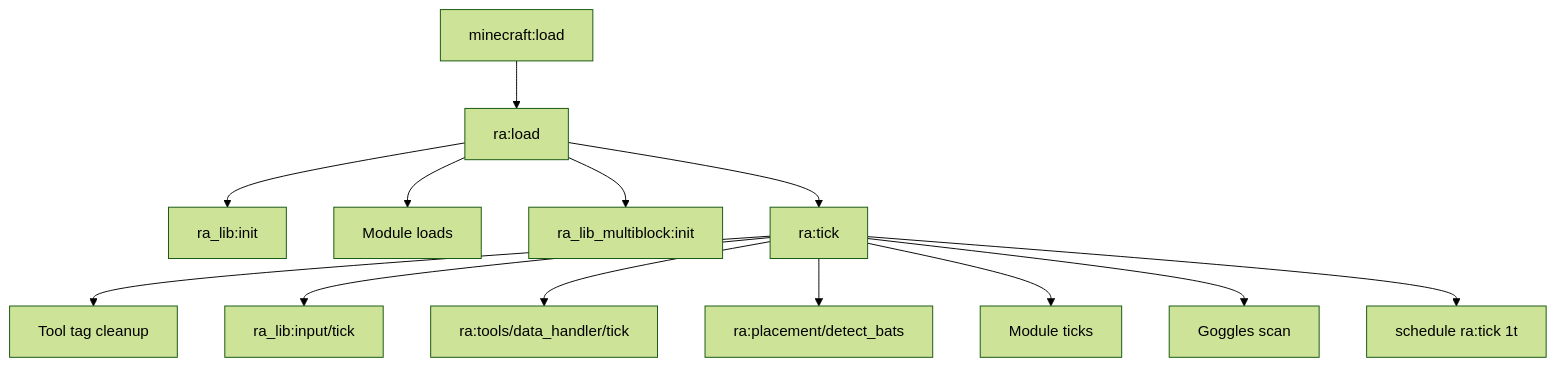
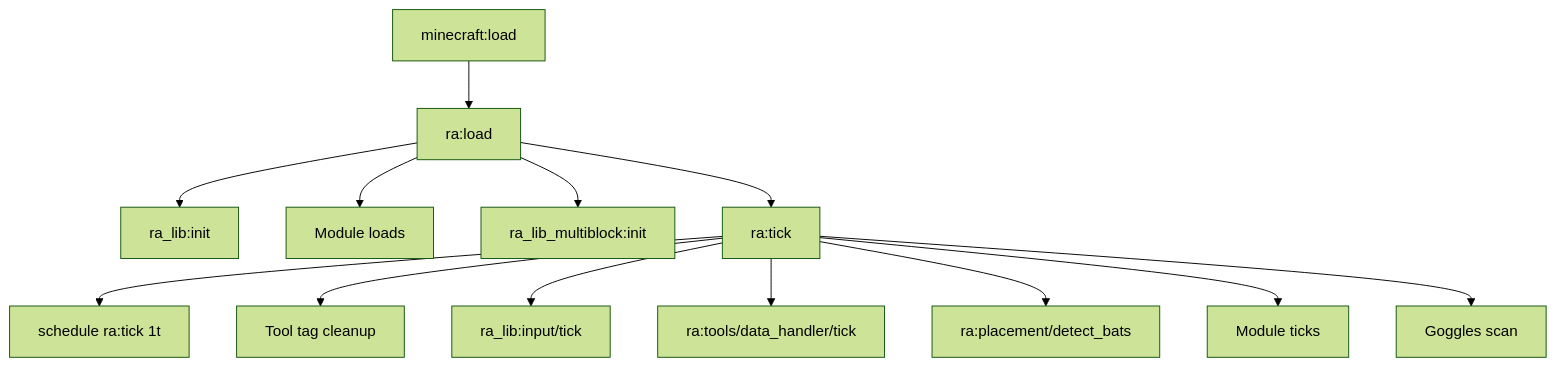
The first of 3 diagrams in docs/how-it-works.md (AnCarsenat/Redstone-Additions), drawn with Mermaid (forest theme) before and after one commit. The commit also changed other lines of this file and 3 other files, not shown here.

````diff
--- a/docs/how-it-works.md
+++ b/docs/how-it-works.md
@@ -14,15 +14,15 @@
 ```mermaid
 flowchart TD
     A[minecraft:load] --> B[ra:load]
     B --> C[ra_lib:init]
     B --> D[Module loads]
     B --> E[ra_lib_multiblock:init]
     B --> F[ra:tick]
+    F --> M[schedule ra:tick 1t]
     F --> G[Tool tag cleanup]
     F --> H[ra_lib:input/tick]
     F --> I[ra:tools/data_handler/tick]
     F --> J[ra:placement/detect_bats]
     F --> K[Module ticks]
     F --> L[Goggles scan]
-    F --> M[schedule ra:tick 1t]
 ```
````
